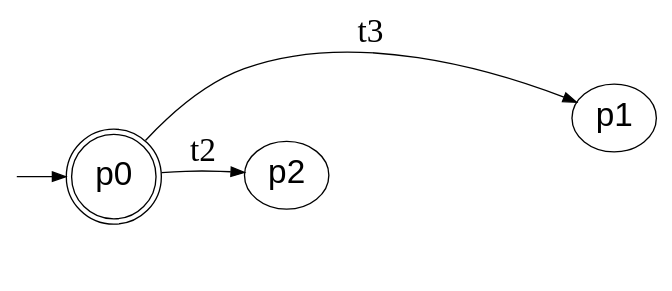
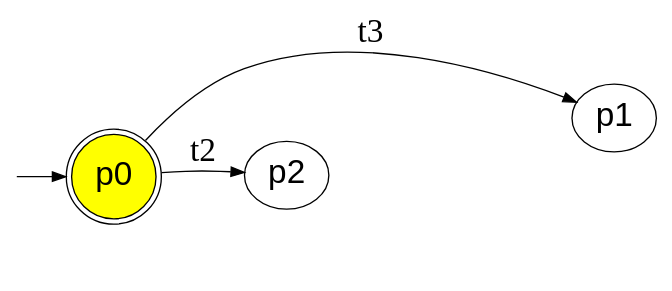
Before and after one commit to jimka2001/clojure-rte: the diagram in doc/reClojure.2025/reclojure.2025.slides.dot/reclojure-2025-sink-example-p0.dot, drawn with Graphviz. The commit also changed 7 other files, not shown here.

```diff
--- a/doc/reClojure.2025/reclojure.2025.slides.dot/reclojure-2025-sink-example-p0.dot
+++ b/doc/reClojure.2025/reclojure.2025.slides.dot/reclojure-2025-sink-example-p0.dot
@@ -1,26 +1,26 @@
 digraph G {
   fontname=courier;
   rankdir=LR; graph[labeljust=l,nojustify=true]
   node [fontname=Arial, fontsize=25];
   edge [fontsize=25];
 // Initial state
 I0 [label="", style=invis, width=0]
 I0 -> p0;
 // 2 final states
 // all 4 states
 p3 [label="", style=invis, width=0]
 p3 -> p3 [label="t9",style=invis]
 p3 -> p1 [label="t11",style=invis]
 p3 -> p2 [label="t7",style=invis]
 p3 -> p0 [label="t8",style=invis]
-p0 [label="p0",shape="doublecircle"]
+p0 [label="p0",shape="doublecircle",fillcolor="yellow",style="filled"]
 p0 -> p1 [label="t3"]
 p0 -> p2 [label="t2"]
 p2 [label="p2"]
 p2 -> p3 [label="t4",style=invis]
 p2 -> p1 [label="t10",style=invis]
 p2 -> p2 [label="t6",style=invis]
 p2 -> p0 [label="t5",style=invis]
 p1 [label="p1"]
 p1 -> p1 [label="t1",style=invis]
 }
```
